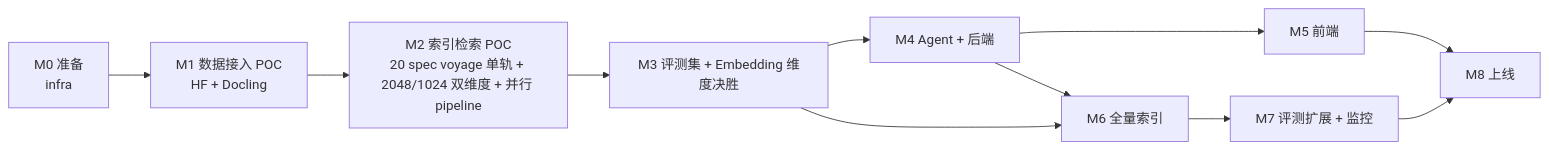
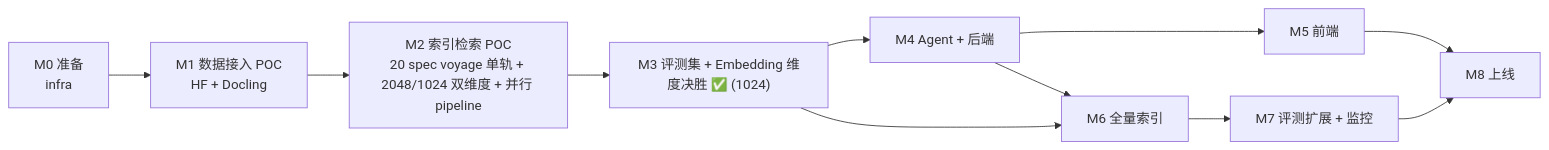
The second of 2 diagrams in docs/03-development/00-overview.md (EpisodeYu/3GPP-Everything), drawn with Mermaid before and after one commit. The commit also changed other lines of this file and 6 other files, not shown here.

````diff
--- a/docs/03-development/00-overview.md
+++ b/docs/03-development/00-overview.md
@@ -83,13 +83,13 @@
 ```mermaid
 graph LR
     M0["M0 准备<br/>infra"] --> M1["M1 数据接入 POC<br/>HF + Docling"]
     M1 --> M2["M2 索引检索 POC<br/>20 spec voyage 单轨 + 2048/1024 双维度 + 并行 pipeline"]
-    M2 --> M3["M3 评测集 + Embedding 维度决胜"]
+    M2 --> M3["M3 评测集 + Embedding 维度决胜 ✅ (1024)"]
     M3 --> M4["M4 Agent + 后端"]
     M4 --> M5["M5 前端"]
     M3 --> M6["M6 全量索引"]
     M4 --> M6
     M6 --> M7["M7 评测扩展 + 监控"]
     M5 --> M8["M8 上线"]
     M7 --> M8
 ```
````
